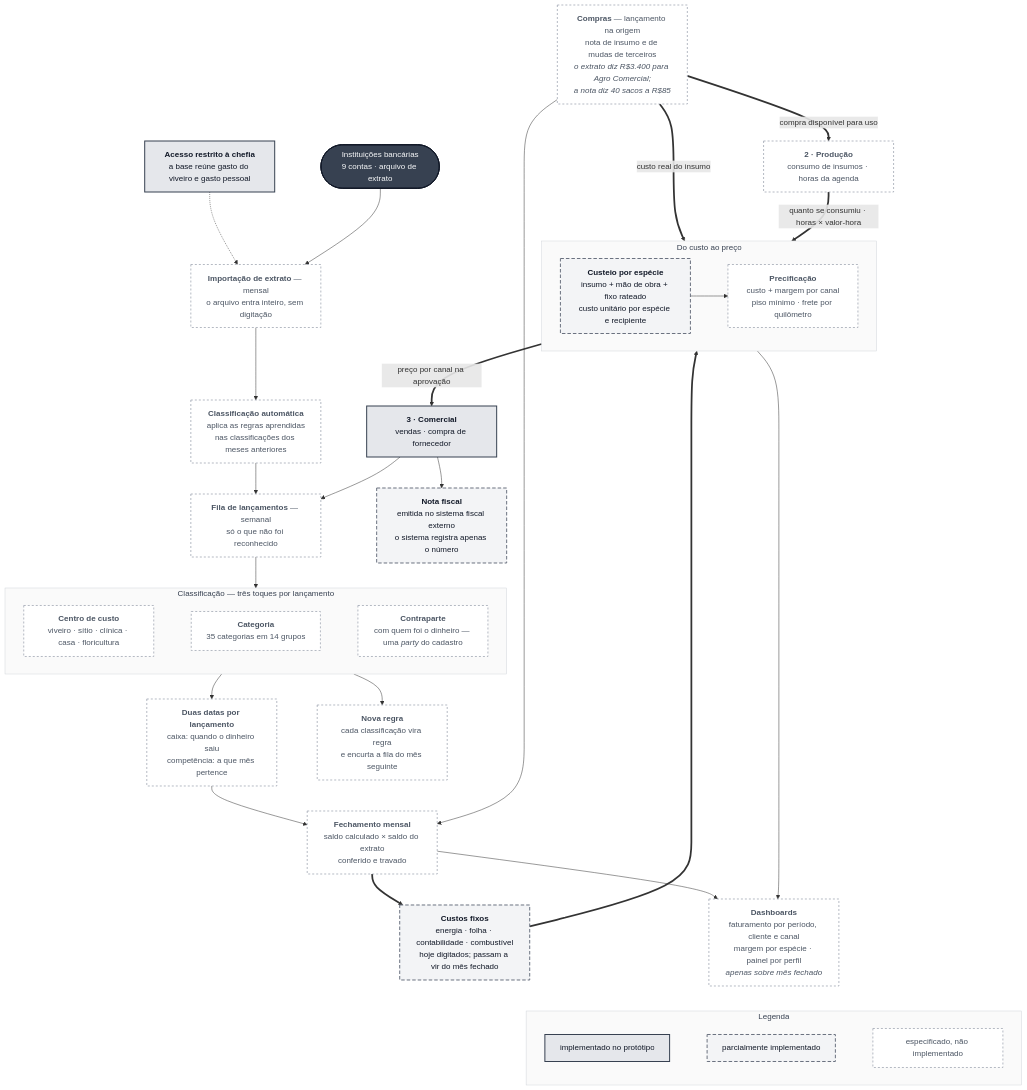
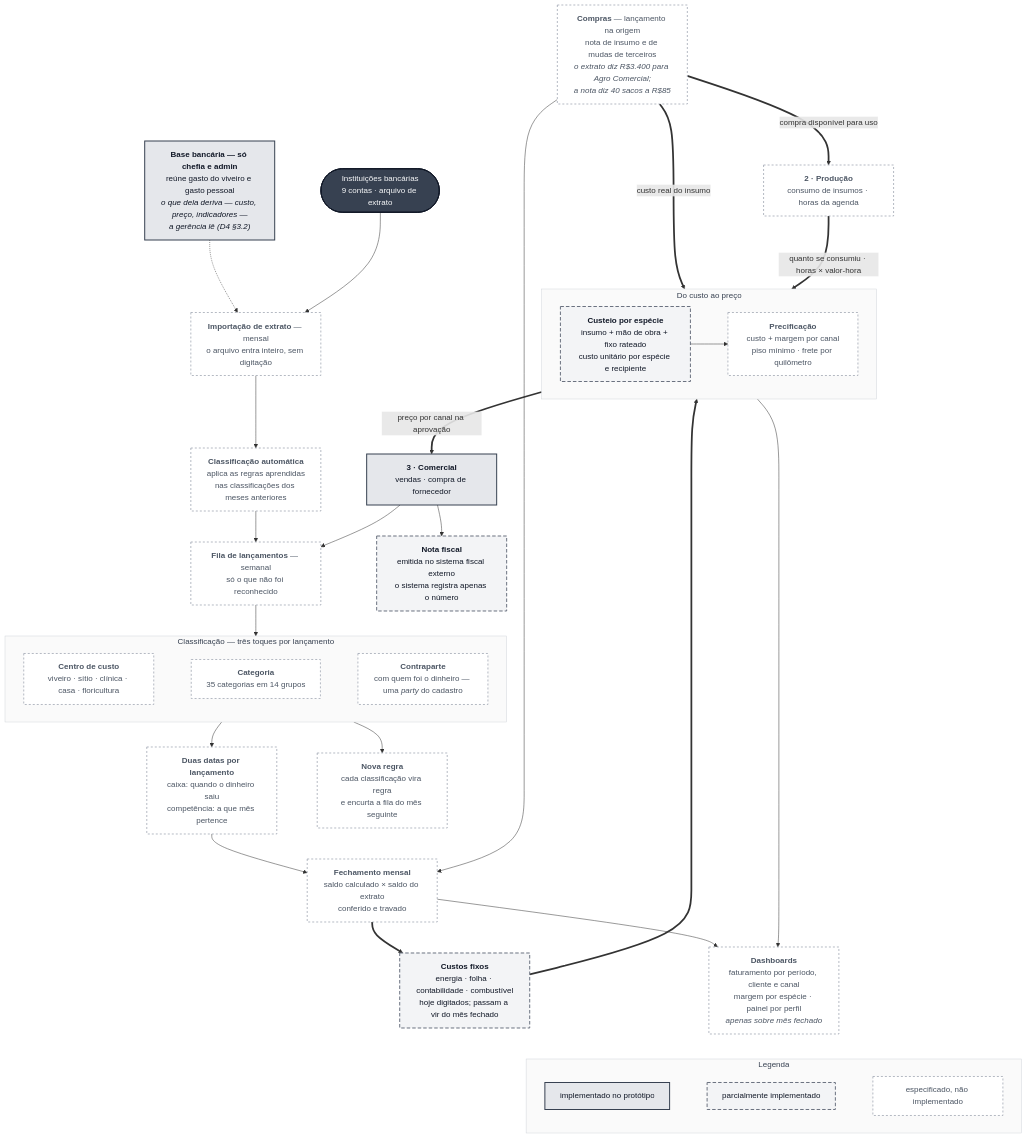
Before and after one commit to JoaoMudar/mudar: the diagram in docs/rotinas/img/mapa-4-financeiro.mmd, drawn with Mermaid. The commit also changed 4 other files, not shown here.

First line of the commit message:
@ docs(rotinas): diagramas passam a dizer que a restricao e do recurso

```diff
--- a/docs/rotinas/img/mapa-4-financeiro.mmd
+++ b/docs/rotinas/img/mapa-4-financeiro.mmd
@@ -1,79 +1,83 @@
 %% Modulo 4 de 4. Ganhou o que antes estava espalhado: COMPRAS (a compra do
 %% insumo nasce aqui e fica disponivel para a Producao usar), CUSTOS FIXOS
 %% (vieram de /admin), CUSTEIO e PRECIFICACAO — que sao dinheiro, nao campo.
 %% Indicadores deixou de ser modulo proprio: viraram os dashboards daqui.
+%% A restricao de acesso e do RECURSO, nao da porta do modulo: fica restrito o
+%% que expoe a base bancaria; o que dela deriva (custo, preco, indicadores) a
+%% gerencia le, e sempre leu. Regra em D4 §3.2 — nao dizer "modulo restrito a
+%% chefia" aqui, que foi o que este no dizia antes de 19/08/2026.
 flowchart TB
   BAN(["Instituições bancárias<br/>9 contas · arquivo de extrato"])
-  ACE["<b>Acesso restrito à chefia</b><br/>a base reúne gasto do viveiro e gasto pessoal"]
+  ACE["<b>Base bancária &mdash; só chefia e admin</b><br/>reúne gasto do viveiro e gasto pessoal<br/><i>o que dela deriva — custo, preço, indicadores —<br/>a gerência lê (D4 §3.2)</i>"]
 
   IMP["<b>Importação de extrato</b> &mdash; mensal<br/>o arquivo entra inteiro, sem digitação"]
   AUT["<b>Classificação automática</b><br/>aplica as regras aprendidas<br/>nas classificações dos meses anteriores"]
   FIL["<b>Fila de lançamentos</b> &mdash; semanal<br/>só o que não foi reconhecido"]
 
   subgraph CLA["Classificação &mdash; três toques por lançamento"]
     direction LR
     C1["<b>Centro de custo</b><br/>viveiro · sítio · clínica · casa · floricultura"]
     C2["<b>Categoria</b><br/>35 categorias em 14 grupos"]
     C3["<b>Contraparte</b><br/>com quem foi o dinheiro &mdash; uma <i>party</i> do cadastro"]
     C1 ~~~ C2 ~~~ C3
   end
 
   DAT["<b>Duas datas por lançamento</b><br/>caixa: quando o dinheiro saiu<br/>competência: a que mês pertence"]
   REG["<b>Nova regra</b><br/>cada classificação vira regra<br/>e encurta a fila do mês seguinte"]
 
   FEC["<b>Fechamento mensal</b><br/>saldo calculado &times; saldo do extrato<br/>conferido e travado"]
 
   CPR["<b>Compras</b> &mdash; lançamento na origem<br/>nota de insumo e de mudas de terceiros<br/><i>o extrato diz R$3.400 para Agro Comercial;<br/>a nota diz 40 sacos a R$85</i>"]
   CFX["<b>Custos fixos</b><br/>energia · folha · contabilidade · combustível<br/>hoje digitados; passam a vir do mês fechado"]
 
   subgraph PRECO["Do custo ao preço"]
     direction LR
     CUS["<b>Custeio por espécie</b><br/>insumo + mão de obra + fixo rateado<br/>custo unitário por espécie e recipiente"]
     PRE["<b>Precificação</b><br/>custo + margem por canal<br/>piso mínimo · frete por quilômetro"]
     CUS --> PRE
   end
 
   DSH["<b>Dashboards</b><br/>faturamento por período, cliente e canal<br/>margem por espécie · painel por perfil<br/><i>apenas sobre mês fechado</i>"]
 
   NF["<b>Nota fiscal</b><br/>emitida no sistema fiscal externo<br/>o sistema registra apenas o número"]
   PRO["<b>2 · Produção</b><br/>consumo de insumos · horas da agenda"]
   COM["<b>3 · Comercial</b><br/>vendas · compra de fornecedor"]
 
   ACE -.-> IMP
   BAN --> IMP --> AUT --> FIL --> C1
   C3 --> DAT
   C3 --> REG
   DAT --> FEC
 
   CPR --> FEC
   FEC ==> CFX
   CFX ==> CUS
   CPR ==>|"custo real do insumo"| CUS
   PRO ==>|"quanto se consumiu · horas &times; valor-hora"| CUS
   CPR ==>|"compra disponível para uso"| PRO
   PRE ==>|"preço por canal na aprovação"| COM
   COM --> FIL
   COM --> NF
   FEC --> DSH
   PRE --> DSH
 
   subgraph LEG["Legenda"]
     direction LR
     L1["implementado no protótipo"]
     L2["parcialmente implementado"]
     L3["especificado, não implementado"]
     L1 ~~~ L2 ~~~ L3
   end
   DSH ~~~ LEG
 
   classDef feito fill:#e5e7eb,stroke:#374151,stroke-width:2px,color:#111827
   classDef parcial fill:#f3f4f6,stroke:#6b7280,stroke-width:2px,color:#111827,stroke-dasharray:7 4
   classDef futuro fill:#ffffff,stroke:#9ca3af,stroke-width:1.5px,color:#4b5563,stroke-dasharray:4 4
   classDef ator fill:#374151,stroke:#111827,stroke-width:2px,color:#f9fafb
   classDef grupo fill:#fafafa,stroke:#d1d5db,stroke-width:1px,color:#374151
 
   class ACE,COM,L1 feito
   class CFX,CUS,NF,L2 parcial
   class IMP,AUT,FIL,C1,C2,C3,DAT,REG,FEC,CPR,PRE,DSH,PRO,L3 futuro
   class BAN ator
   class CLA,PRECO,LEG grupo
```
